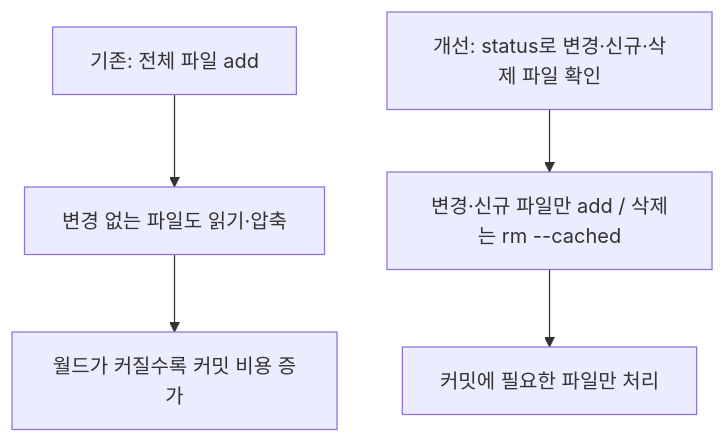
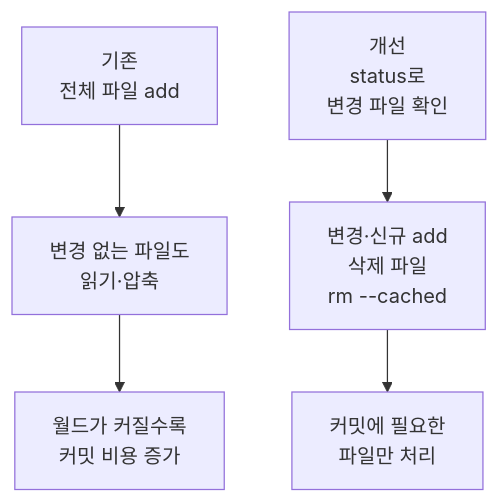
Before and after one commit to yuyeol3/backend-portfolio: the fourth of 4 diagrams in README.md, drawn with Mermaid. The commit also changed other lines of this file, not shown here.

Commit message:
docs: improve diagram line breaks

````diff
--- a/README.md
+++ b/README.md
@@ -157,7 +157,7 @@
 ```mermaid
 flowchart TB
-    A["기존: 전체 파일 add"] --> B["변경 없는 파일도 읽기·압축"]
-    B --> C["월드가 커질수록 커밋 비용 증가"]
-    D["개선: status로 변경·신규·삭제 파일 확인"] --> E["변경·신규 파일만 add / 삭제는 rm --cached"]
-    E --> F["커밋에 필요한 파일만 처리"]
+    A["기존<br/>전체 파일 add"] --> B["변경 없는 파일도<br/>읽기·압축"]
+    B --> C["월드가 커질수록<br/>커밋 비용 증가"]
+    D["개선<br/>status로<br/>변경 파일 확인"] --> E["변경·신규 add<br/>삭제 파일<br/>rm --cached"]
+    E --> F["커밋에 필요한<br/>파일만 처리"]
 ```
````
